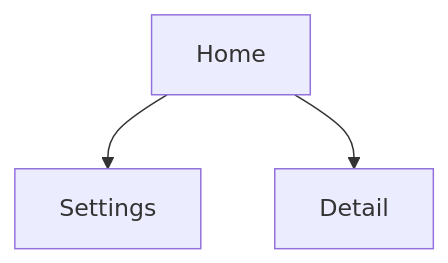
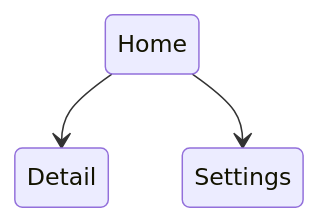
One commit to Bahn-X/swift-composable-navigator changed the diagram in Documentation/readmeExample.mmd. Above: the diagram before and after it, drawn with Mermaid. The commit also changed 6 other files, not shown here.

```diff
--- a/Documentation/readmeExample.mmd
+++ b/Documentation/readmeExample.mmd
@@ -1,3 +1,3 @@
-graph TD;
-    Home-->Settings;
-    Home-->Detail;
+stateDiagram-v2
+  Home --> Detail
+  Home --> Settings
```
